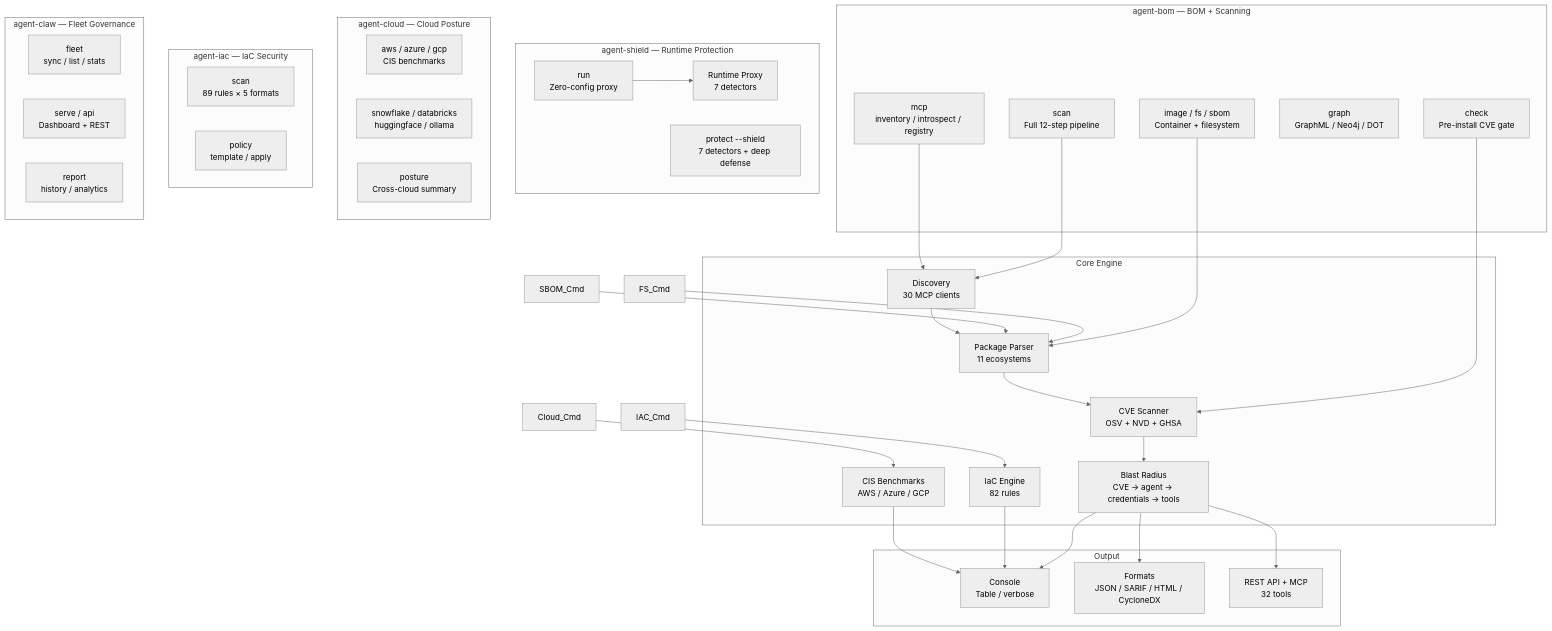
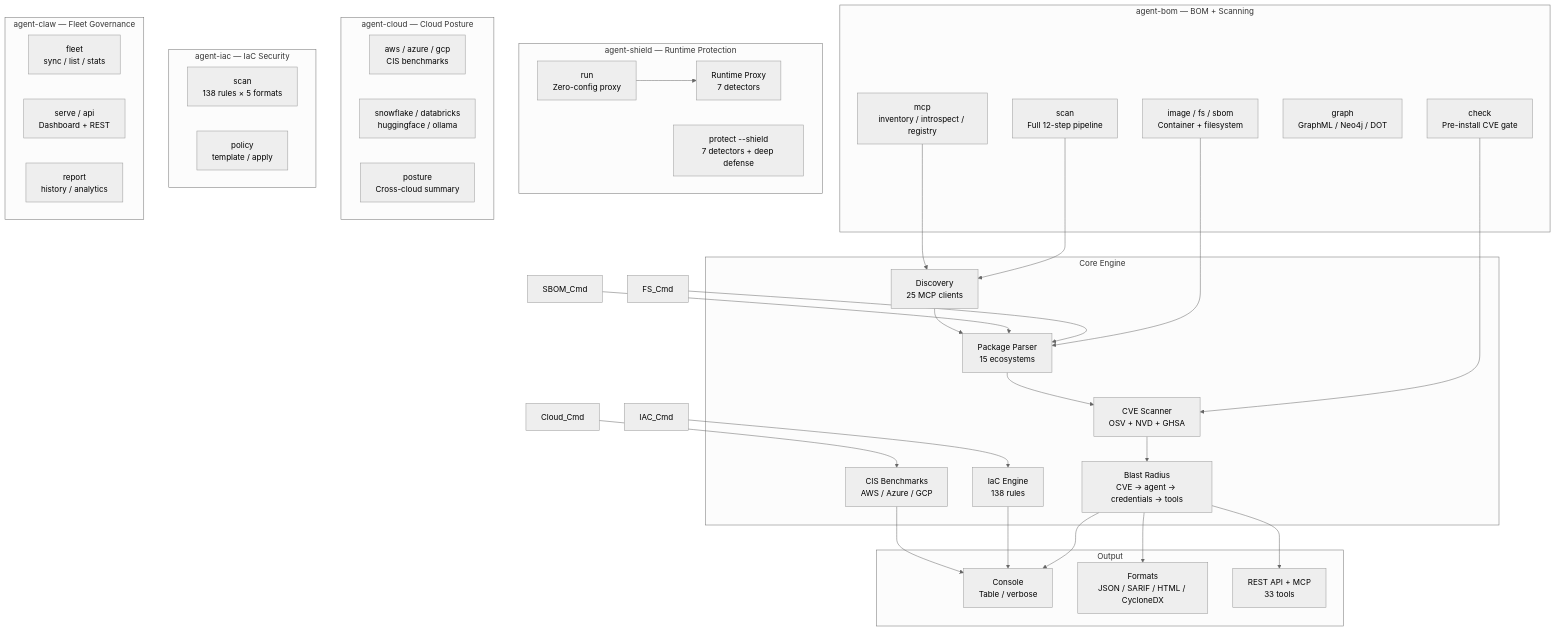
The first of 5 diagrams in docs/ARCHITECTURE.md (Rish-2006/agent-bom), drawn with Mermaid (neutral theme) before and after one commit. The commit also changed other lines of this file and 5 other files, not shown here.

````diff
--- a/docs/ARCHITECTURE.md
+++ b/docs/ARCHITECTURE.md
@@ -13,60 +13,60 @@
 ```mermaid
 graph TB
     subgraph BOM["agent-bom — BOM + Scanning"]
         Scan["scan\nFull 12-step pipeline"]
         Check_Cmd["check\nPre-install CVE gate"]
         Image_Cmd["image / fs / sbom\nContainer + filesystem"]
         Graph_Cmd["graph\nGraphML / Neo4j / DOT"]
         MCP_Cmd["mcp\ninventory / introspect / registry"]
     end
 
     subgraph Shield["agent-shield — Runtime Protection"]
         Proxy["proxy\nMCP proxy + audit"]
         Protect["protect --shield\n7 detectors + deep defense"]
         Run_Cmd["run\nZero-config proxy"]
     end
 
     subgraph Cloud["agent-cloud — Cloud Posture"]
         AWS["aws / azure / gcp\nCIS benchmarks"]
         Platforms["snowflake / databricks\nhuggingface / ollama"]
         Posture["posture\nCross-cloud summary"]
     end
 
     subgraph IAC["agent-iac — IaC Security"]
-        IaCScan["scan\n89 rules × 5 formats"]
+        IaCScan["scan\n138 rules × 5 formats"]
         Policy["policy\ntemplate / apply"]
     end
 
     subgraph Claw["agent-claw — Fleet Governance"]
         Fleet["fleet\nsync / list / stats"]
         Serve["serve / api\nDashboard + REST"]
         Report["report\nhistory / analytics"]
     end
 
     subgraph Core["Core Engine"]
-        Discovery["Discovery\n30 MCP clients"]
-        Parser["Package Parser\n11 ecosystems"]
+        Discovery["Discovery\n25 MCP clients"]
+        Parser["Package Parser\n15 ecosystems"]
         Scanner["CVE Scanner\nOSV + NVD + GHSA"]
         Blast["Blast Radius\nCVE → agent → credentials → tools"]
-        IaC["IaC Engine\n82 rules"]
+        IaC["IaC Engine\n138 rules"]
         CIS["CIS Benchmarks\nAWS / Azure / GCP"]
     end
 
     subgraph Output["Output"]
         Console["Console\nTable / verbose"]
         Formats["Formats\nJSON / SARIF / HTML / CycloneDX"]
-        API["REST API + MCP\n32 tools"]
+        API["REST API + MCP\n33 tools"]
         Proxy["Runtime Proxy\n7 detectors"]
     end
 
     Scan & MCP_Cmd --> Discovery
     Image_Cmd & FS_Cmd & SBOM_Cmd --> Parser
     IAC_Cmd --> IaC
     Cloud_Cmd --> CIS
     Check_Cmd --> Scanner
     Run_Cmd --> Proxy
 
     Discovery --> Parser --> Scanner --> Blast
     Blast --> Console & Formats & API
     IaC & CIS --> Console
 ```
````
